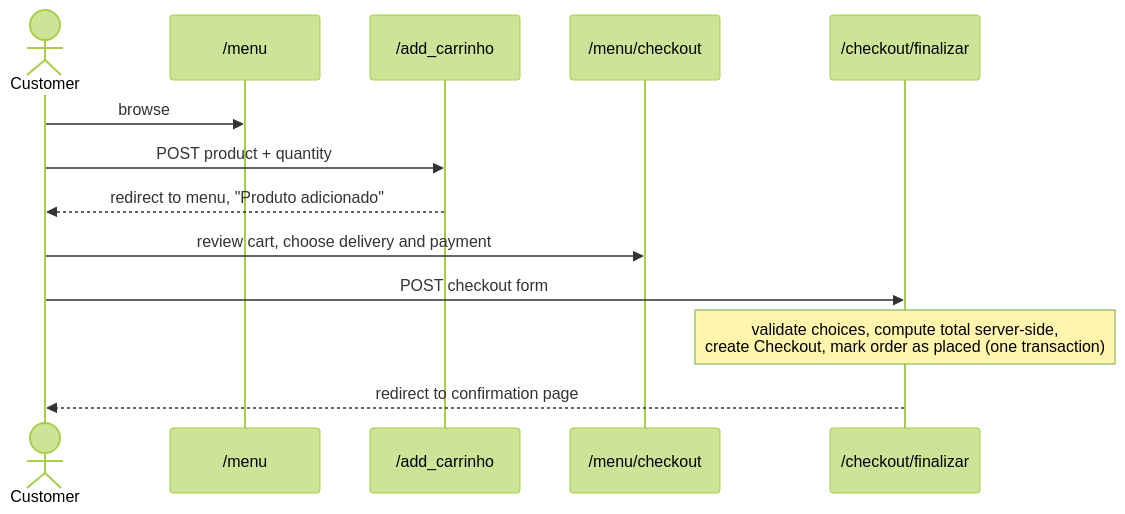
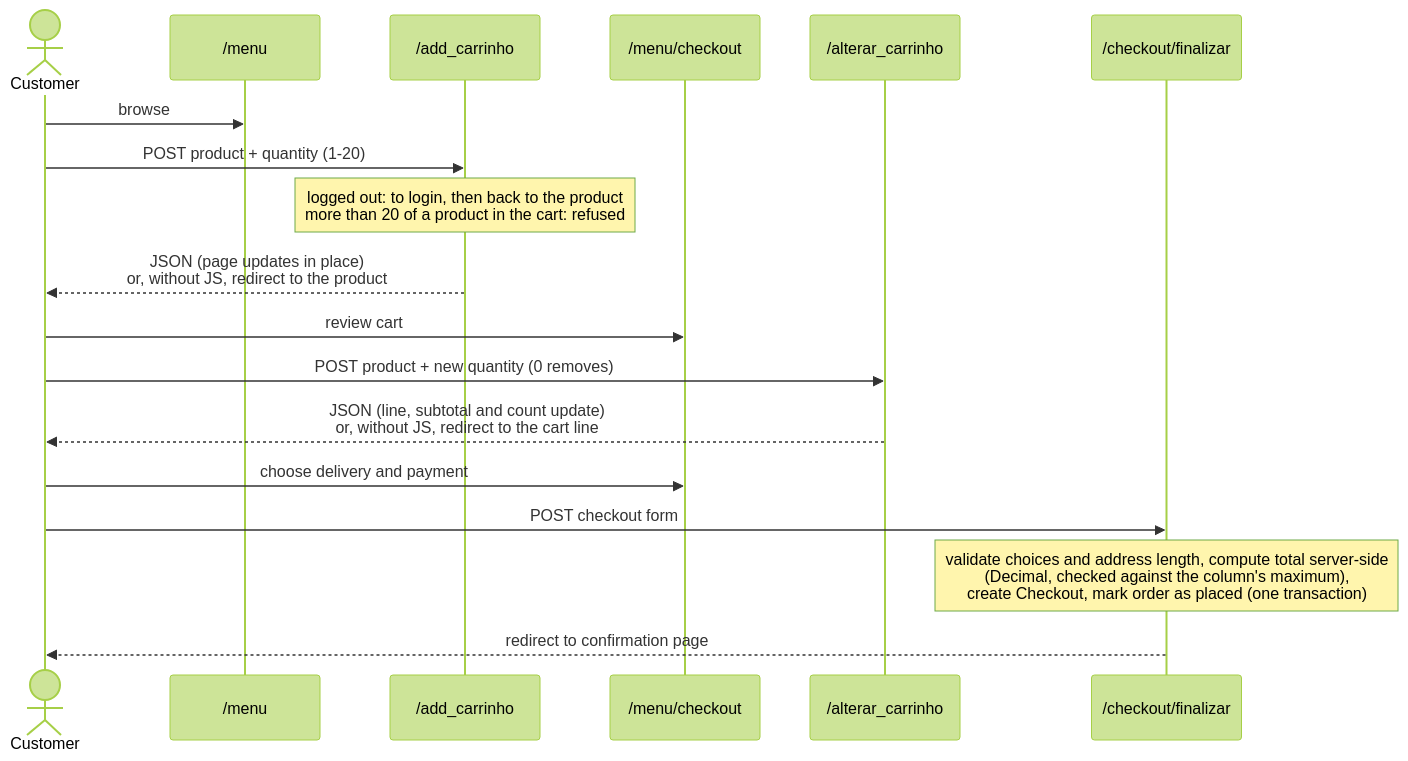
Before and after one commit to RuiSlayer/pizzariaMarques: the third of 5 diagrams in README.md, drawn with Mermaid (forest theme). The commit also changed other lines of this file and 109 other files, not shown here.

````diff
--- a/README.md
+++ b/README.md
@@ -362,15 +383,20 @@
 ```mermaid
 sequenceDiagram
     actor C as Customer
     participant Menu as /menu
     participant Cart as /add_carrinho
     participant Checkout as /menu/checkout
+    participant Change as /alterar_carrinho
     participant Done as /checkout/finalizar
     C->>Menu: browse
-    C->>Cart: POST product + quantity
-    Cart-->>C: redirect to menu, "Produto adicionado"
-    C->>Checkout: review cart, choose delivery and payment
+    C->>Cart: POST product + quantity (1-20)
+    Note over Cart: logged out: to login, then back to the product<br/>more than 20 of a product in the cart: refused
+    Cart-->>C: JSON (page updates in place)<br/>or, without JS, redirect to the product
+    C->>Checkout: review cart
+    C->>Change: POST product + new quantity (0 removes)
+    Change-->>C: JSON (line, subtotal and count update)<br/>or, without JS, redirect to the cart line
+    C->>Checkout: choose delivery and payment
     C->>Done: POST checkout form
-    Note over Done: validate choices, compute total server-side,<br/>create Checkout, mark order as placed (one transaction)
+    Note over Done: validate choices and address length, compute total server-side<br/>(Decimal, checked against the column's maximum),<br/>create Checkout, mark order as placed (one transaction)
     Done-->>C: redirect to confirmation page
 ```
````
